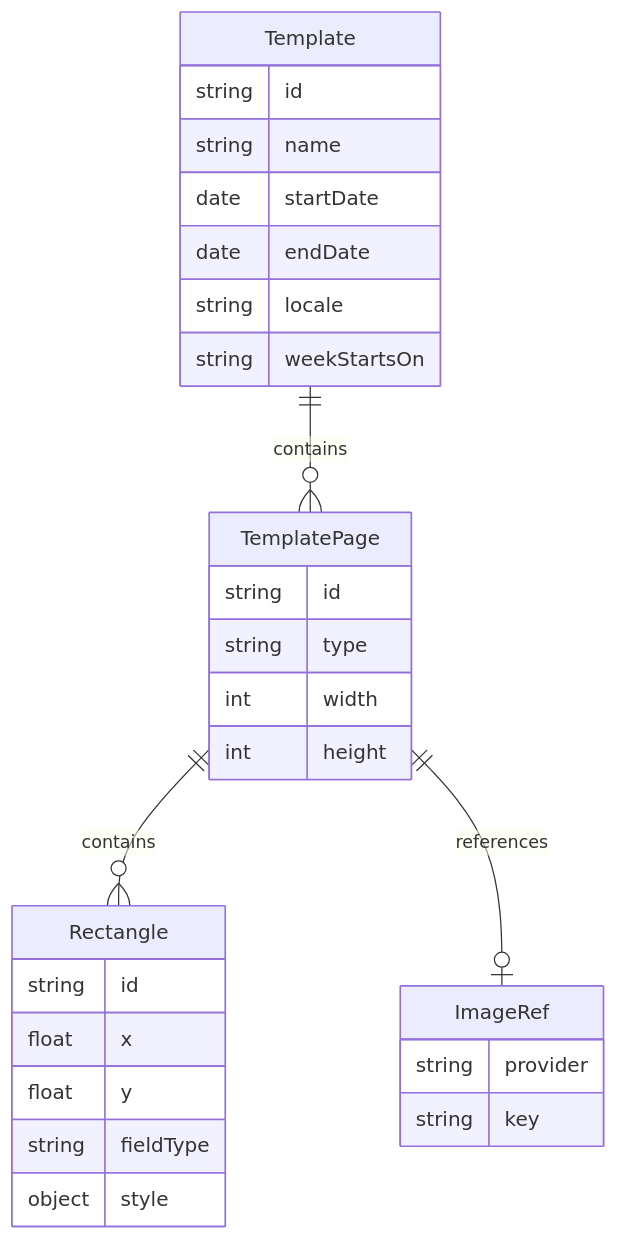
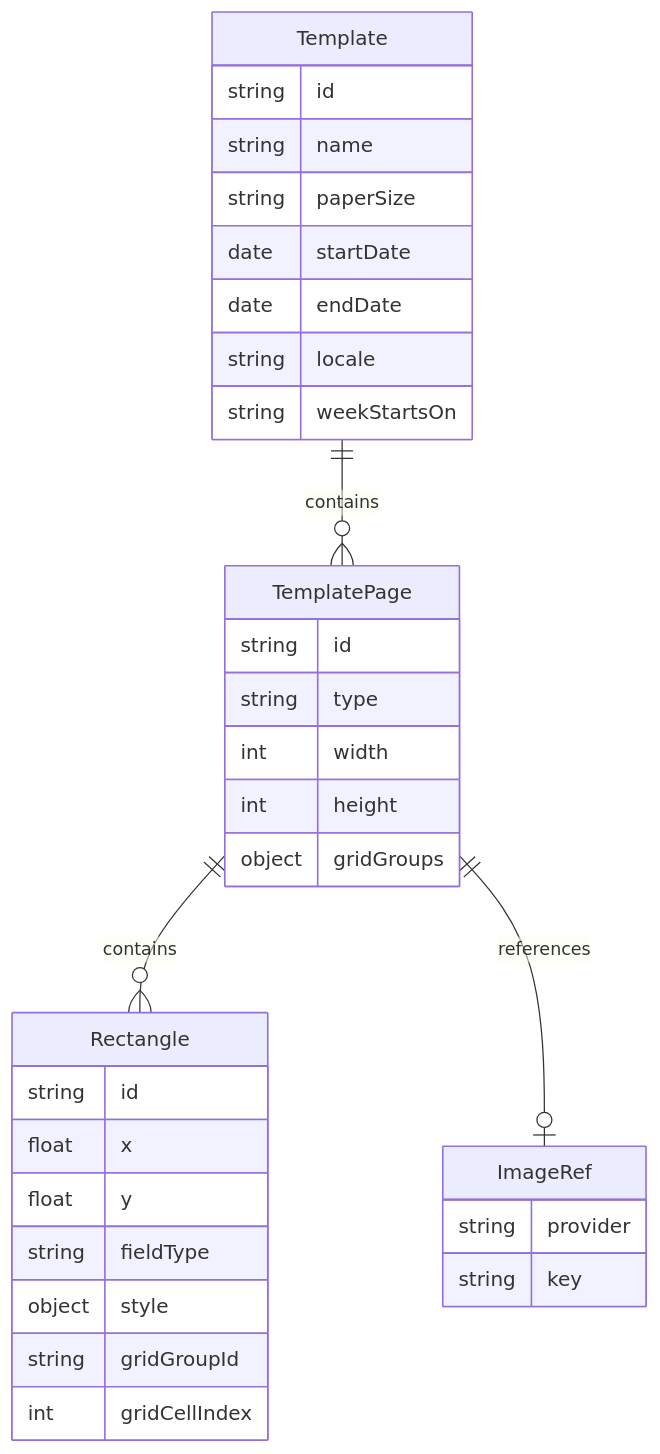
The second of 7 diagrams in docs/ARCHITECTURE.md (mariamoraan/planner-maker-spa), drawn with Mermaid before and after one commit. The commit also changed other lines of this file and 2 other files, not shown here.

````diff
--- a/docs/ARCHITECTURE.md
+++ b/docs/ARCHITECTURE.md
@@ -89,31 +90,35 @@
 ```mermaid
 erDiagram
   Template ||--o{ TemplatePage : contains
   TemplatePage ||--o{ Rectangle : contains
   TemplatePage ||--o| ImageRef : references
   Template {
     string id
     string name
+    string paperSize
     date startDate
     date endDate
     string locale
     string weekStartsOn
   }
   TemplatePage {
     string id
     string type
     int width
     int height
+    object gridGroups
   }
   Rectangle {
     string id
     float x
     float y
     string fieldType
     object style
+    string gridGroupId
+    int gridCellIndex
   }
   ImageRef {
     string provider
     string key
   }
 ```
````
